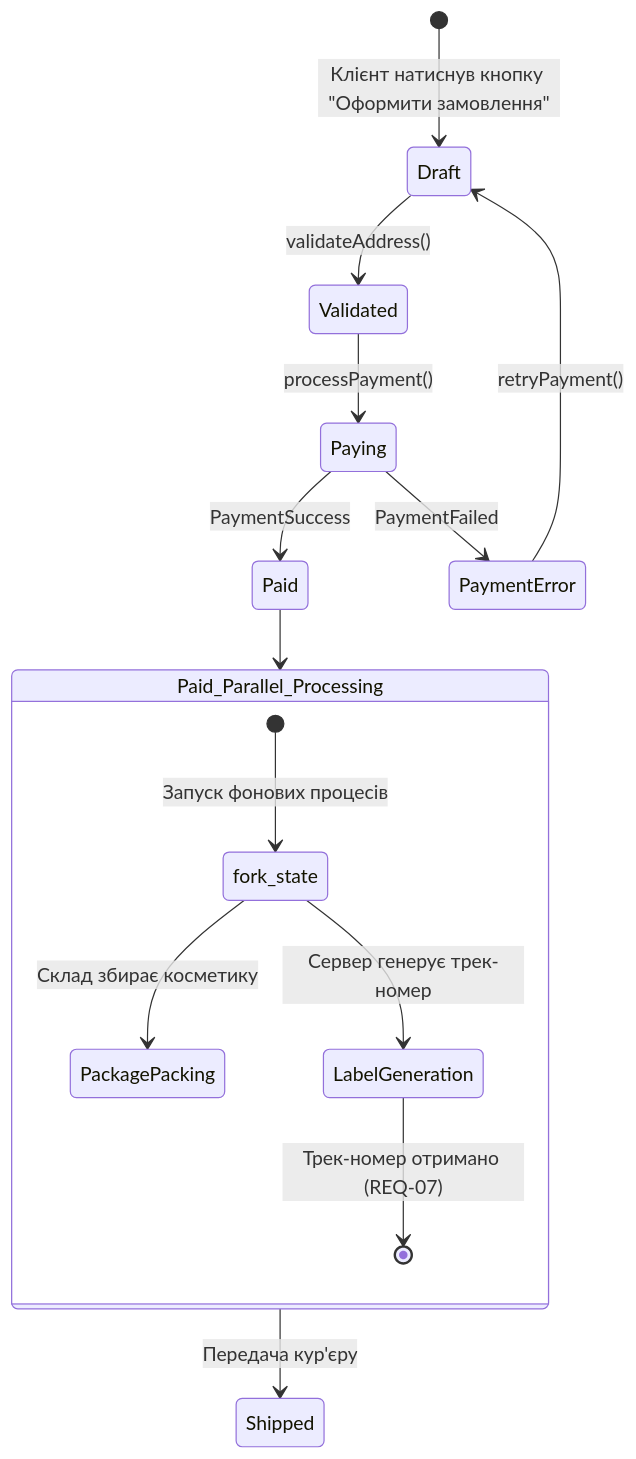
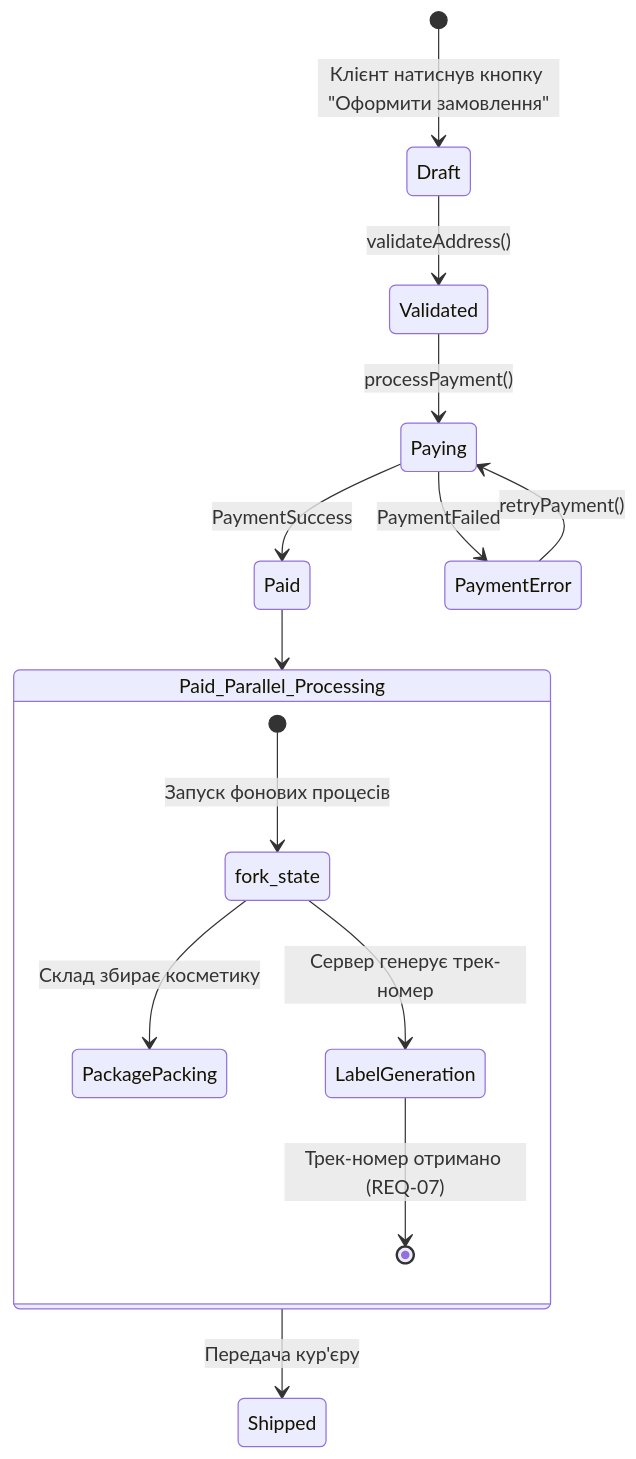
One commit to sofiisunn/KPI changed the diagram in machine.md. Above: the diagram before and after it, drawn with Mermaid.

Commit message:
Fix transition from PaymentError to Paying state

````diff
--- a/machine.md
+++ b/machine.md
@@ -1,23 +1,23 @@
 ```mermaid
 stateDiagram-v2
     [*] --> Draft : Клієнт натиснув кнопку "Оформити замовлення"
 
     Draft --> Validated : validateAddress()
     Validated --> Paying : processPayment()
 
     Paying --> Paid : PaymentSuccess
     Paying --> PaymentError : PaymentFailed
-    PaymentError --> Draft : retryPayment()
+    PaymentError --> Paying : retryPayment()
 
     state Paid_Parallel_Processing {
         [*] --> fork_state : Запуск фонових процесів
         
         fork_state --> PackagePacking : Склад збирає косметику
         fork_state --> LabelGeneration : Сервер генерує трек-номер
         
         LabelGeneration --> [*] : Трек-номер отримано (REQ-07)
     }
 
     Paid --> Paid_Parallel_Processing
     Paid_Parallel_Processing --> Shipped : Передача кур'єру
 ```
````
